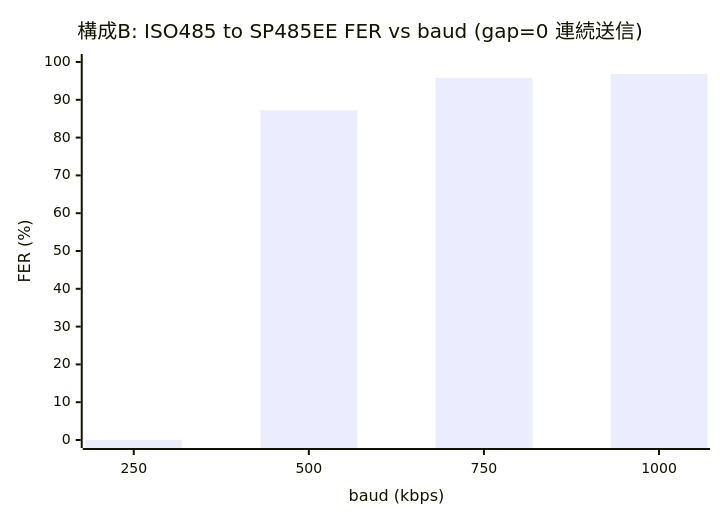
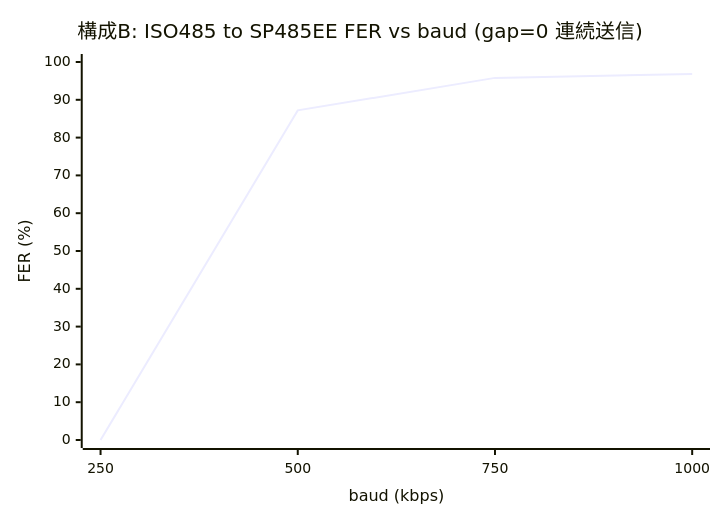
Before and after one commit to uecken/RS485_1Mbaud_test: the second of 5 diagrams in doc/202604092200_RS485-baudrate-eval-results.md, drawn with Mermaid. The commit also changed other lines of this file, not shown here.

First line of the commit message:
doc: change baud-vs-FER charts from bar to line (continuous x-axis)

````diff
--- a/doc/202604092200_RS485-baudrate-eval-results.md
+++ b/doc/202604092200_RS485-baudrate-eval-results.md
@@ -61,7 +61,7 @@
 ```mermaid
 xychart-beta
     title "構成B: ISO485 to SP485EE FER vs baud (gap=0 連続送信)"
     x-axis "baud (kbps)" [250, 500, 750, 1000]
     y-axis "FER (%)" 0 --> 100
-    bar [0, 87.2, 95.8, 96.8]
+    line [0, 87.2, 95.8, 96.8]
 ```
````
